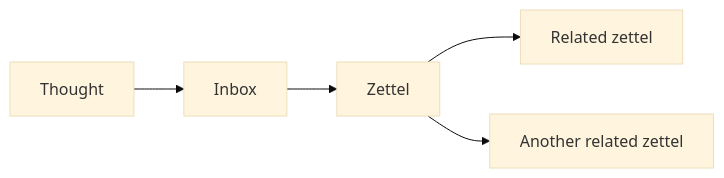
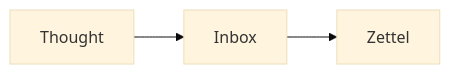
Before and after one commit to BenLucasLawsWEX/foam-demo: the diagram in Presentation/04 - Linking knowledge.md, drawn with Mermaid (base theme).

Commit message:
Jul 4, 2023, 4:05 PM

````diff
--- a/Presentation/04 - Linking knowledge.md
+++ b/Presentation/04 - Linking knowledge.md
@@ -13,6 +13,4 @@
 ``` mermaid
 flowchart LR
 Thought --> Inbox --> Zettel
-Zettel --> rz["Related zettel"]
-Zettel --> rz2["Another related zettel"]
 ```
````
